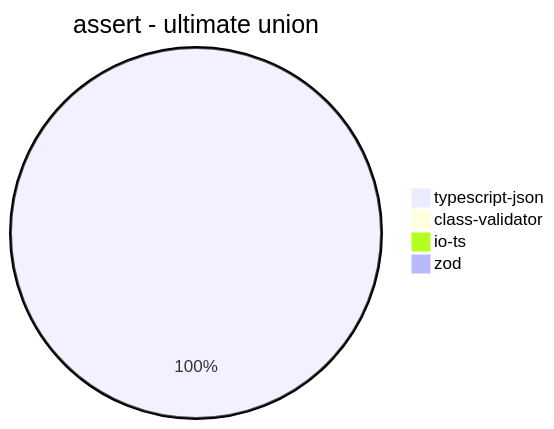
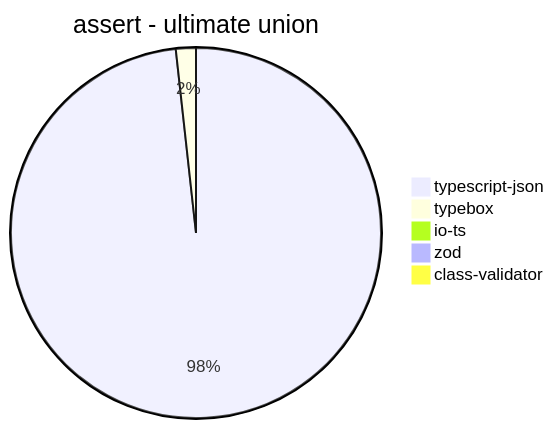
Diagram 16 of 39 in benchmark/results/AMD Ryzen 9 5900HX with Radeon Graphics.md (samchon/typia), drawn with Mermaid before and after one commit. The commit also changed other lines of this file and 7 other files, not shown here.

````diff
--- a/benchmark/results/AMD Ryzen 9 5900HX with Radeon Graphics.md
+++ b/benchmark/results/AMD Ryzen 9 5900HX with Radeon Graphics.md
@@ -181,7 +196,8 @@
 ```mermaid
 pie title assert - ultimate union
-  "typescript-json": 293.9232605103727
+  "typescript-json": 256.9162995594714
+  "typebox": 4.569548528605374
+  "io-ts": 0
+  "zod": 0.354924578527063
   "class-validator": 0
-  "io-ts": 0
-  "zod": 0
 ```
````
